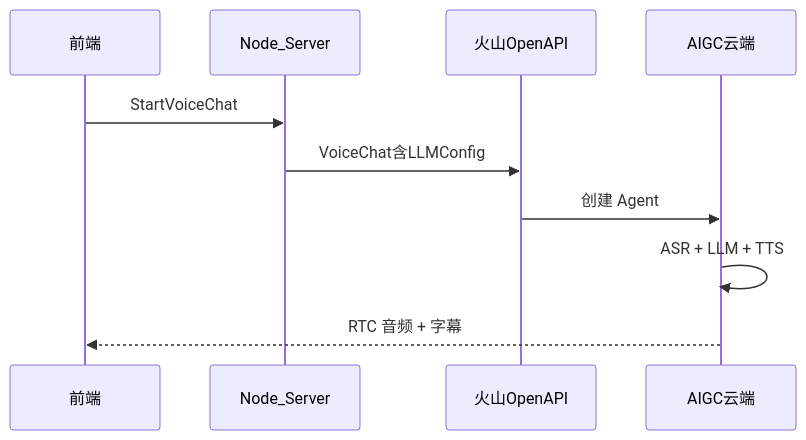
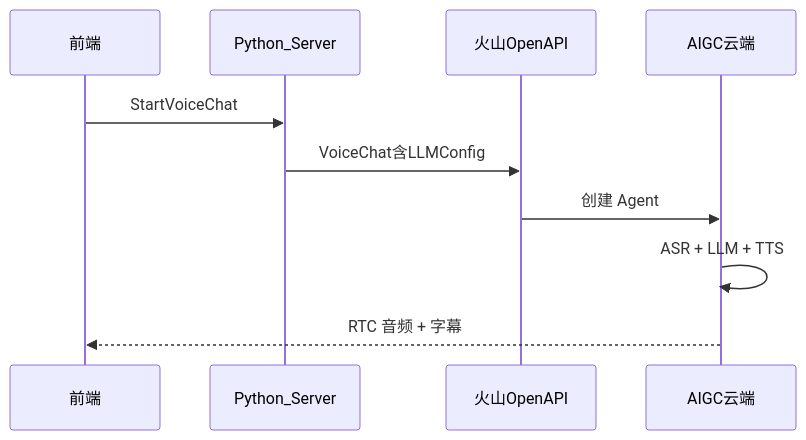
The third of 3 diagrams in doc/03-项目架构与原理.md (lixiaoqiang1/ark_aigc_demo-main), drawn with Mermaid before and after one commit. The commit also changed other lines of this file and 14 other files, not shown here.

````diff
--- a/doc/03-项目架构与原理.md
+++ b/doc/03-项目架构与原理.md
@@ -117,13 +119,13 @@
 ```mermaid
 sequenceDiagram
     participant FE as 前端
-    participant Node as Node_Server
+    participant Py as Python_Server
     participant Volc as 火山OpenAPI
     participant Cloud as AIGC云端
 
-    FE->>Node: StartVoiceChat
-    Node->>Volc: VoiceChat含LLMConfig
+    FE->>Py: StartVoiceChat
+    Py->>Volc: VoiceChat含LLMConfig
     Volc->>Cloud: 创建 Agent
     Cloud->>Cloud: ASR + LLM + TTS
     Cloud-->>FE: RTC 音频 + 字幕
 ```
````
